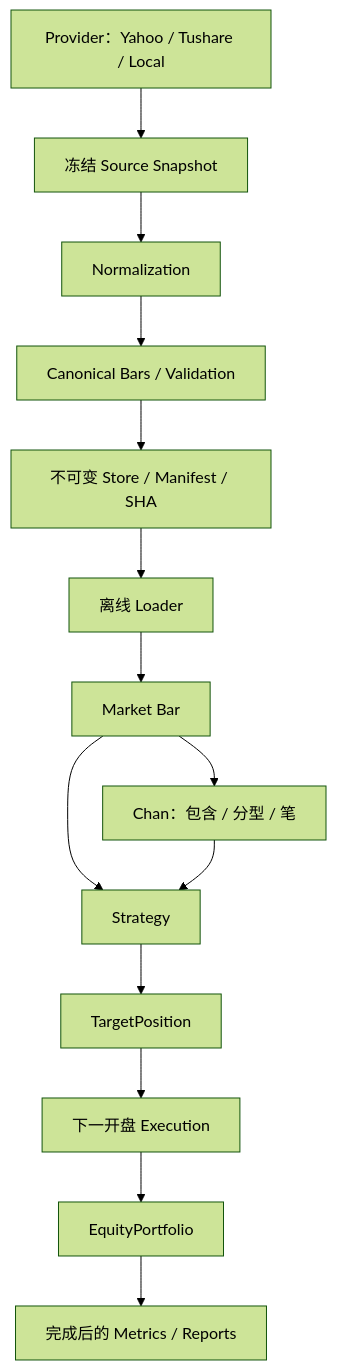
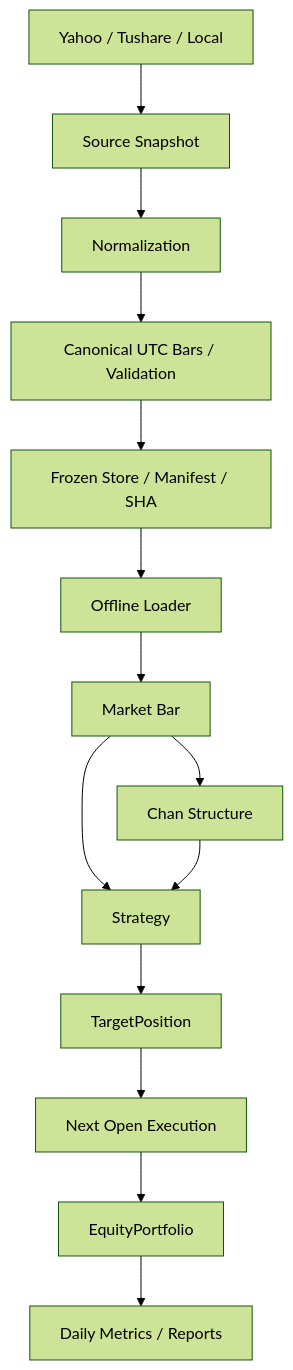
One commit to aqwddda/quant-lab changed the diagram in docs/architecture.md. Above: the diagram before and after it, drawn with Mermaid (forest theme). The commit also changed other lines of this file and 143 other files, not shown here.

````diff
--- a/docs/architecture.md
+++ b/docs/architecture.md
@@ -5,16 +5,16 @@
 ```mermaid
 flowchart TD
-    P[Provider：Yahoo / Tushare / Local] --> S[冻结 Source Snapshot]
+    P[Yahoo / Tushare / Local] --> S[Source Snapshot]
     S --> N[Normalization]
-    N --> V[Canonical Bars / Validation]
-    V --> F[不可变 Store / Manifest / SHA]
-    F --> L[离线 Loader]
+    N --> V[Canonical UTC Bars / Validation]
+    V --> F[Frozen Store / Manifest / SHA]
+    F --> L[Offline Loader]
     L --> B[Market Bar]
-    B --> C[Chan：包含 / 分型 / 笔]
+    B --> C[Chan Structure]
     B --> T[Strategy]
     C --> T
     T --> O[TargetPosition]
-    O --> E[下一开盘 Execution]
+    O --> E[Next Open Execution]
     E --> A[EquityPortfolio]
-    A --> M[完成后的 Metrics / Reports]
+    A --> M[Daily Metrics / Reports]
 ```
````
